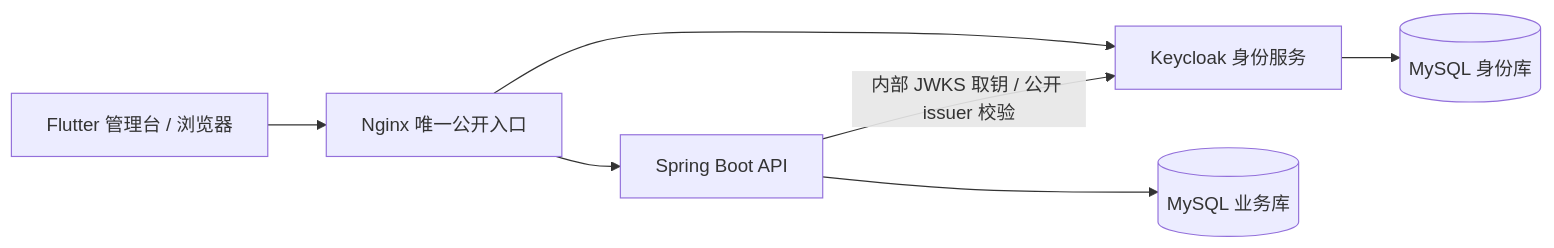
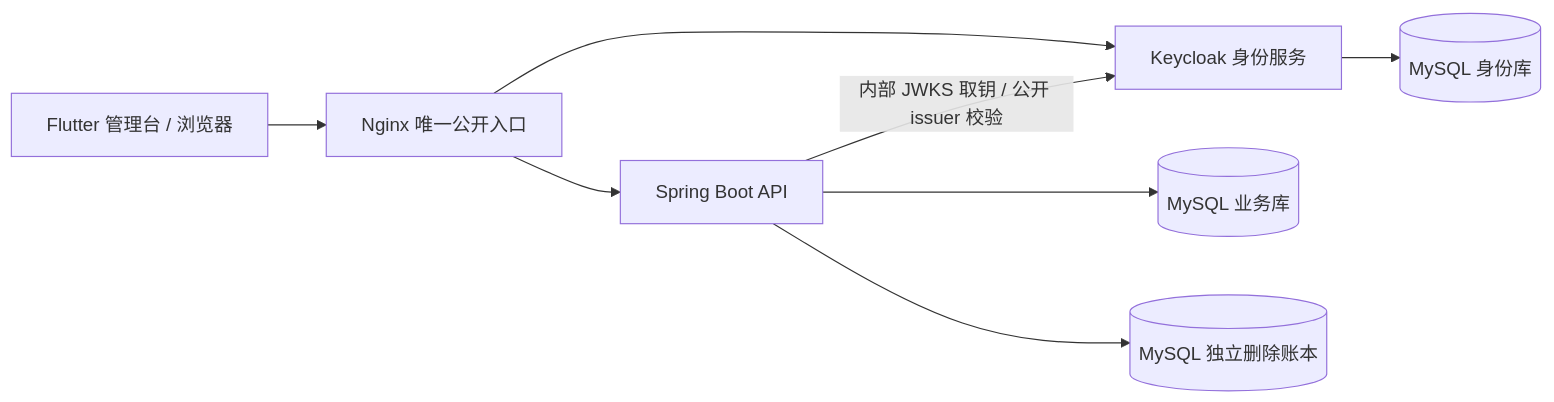
One commit to zyclove/ai-magic-manager changed the diagram in docs/deployment-runbook.md. Above: the diagram before and after it, drawn with Mermaid. The commit also changed other lines of this file and 18 other files, not shown here.

````diff
--- a/docs/deployment-runbook.md
+++ b/docs/deployment-runbook.md
@@ -20,9 +21,10 @@
 ```mermaid
 flowchart LR
   browser[Flutter 管理台 / 浏览器] --> edge[Nginx 唯一公开入口]
   edge --> api[Spring Boot API]
   edge --> idp[Keycloak 身份服务]
   api --> business[(MySQL 业务库)]
+  api --> ledger[(MySQL 独立删除账本)]
   idp --> identity[(MySQL 身份库)]
   api -->|内部 JWKS 取钥 / 公开 issuer 校验| idp
 ```
````
